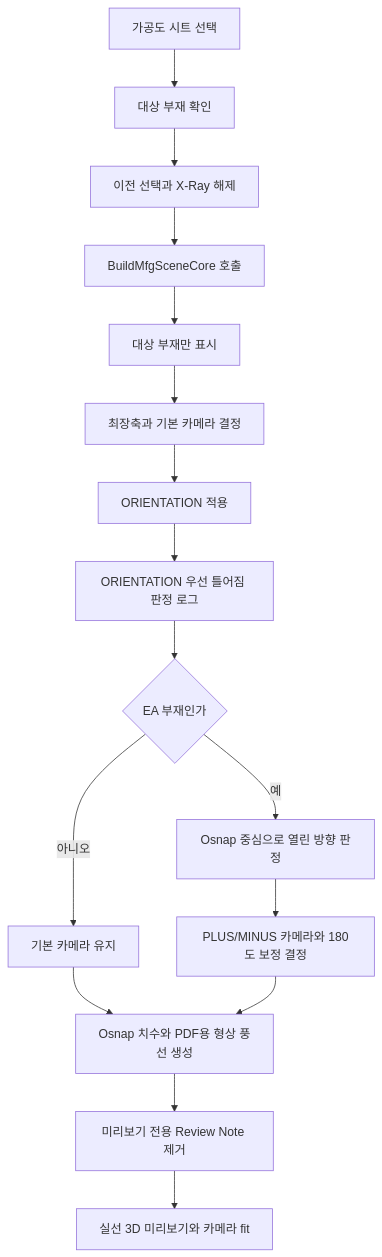
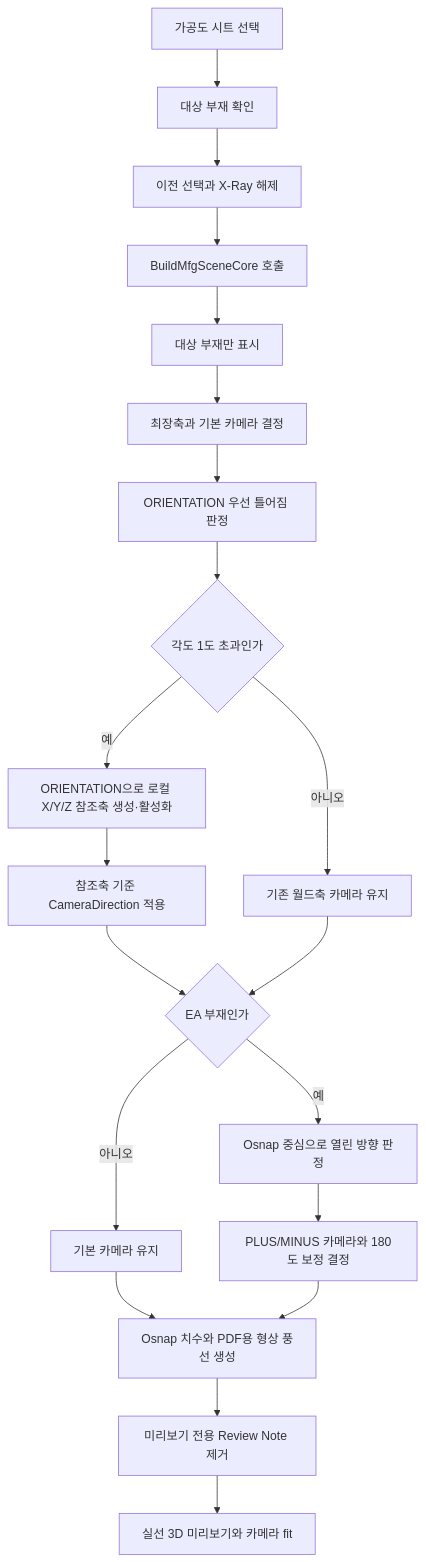
The diagram in docs/기능/가공도/가공도 단일.md (uuuuj/a2z), drawn with Mermaid before and after one commit. The commit also changed other lines of this file and 6 other files, not shown here.

````diff
--- a/docs/기능/가공도/가공도 단일.md
+++ b/docs/기능/가공도/가공도 단일.md
@@ -21,18 +21,22 @@
 ```mermaid
 flowchart TD
     A["가공도 시트 선택"] --> B["대상 부재 확인"]
     B --> C["이전 선택과 X-Ray 해제"]
     C --> D["BuildMfgSceneCore 호출"]
     D --> E["대상 부재만 표시"]
     E --> F["최장축과 기본 카메라 결정"]
-    F --> G["ORIENTATION 적용"]
-    G --> G1["ORIENTATION 우선 틀어짐 판정 로그"]
-    G1 --> H{"EA 부재인가"}
+    F --> G["ORIENTATION 우선 틀어짐 판정"]
+    G --> G1{"각도 1도 초과인가"}
+    G1 -- 예 --> G2["ORIENTATION으로 로컬 X/Y/Z 참조축 생성·활성화"]
+    G2 --> G3["참조축 기준 CameraDirection 적용"]
+    G1 -- 아니오 --> G4["기존 월드축 카메라 유지"]
+    G3 --> H{"EA 부재인가"}
+    G4 --> H
     H -- 아니오 --> I["기본 카메라 유지"]
     H -- 예 --> J["Osnap 중심으로 열린 방향 판정"]
     J --> K["PLUS/MINUS 카메라와 180도 보정 결정"]
     I --> L["Osnap 치수와 PDF용 형상 풍선 생성"]
     K --> L
     L --> M["미리보기 전용 Review Note 제거"]
     M --> N["실선 3D 미리보기와 카메라 fit"]
 ```
````
